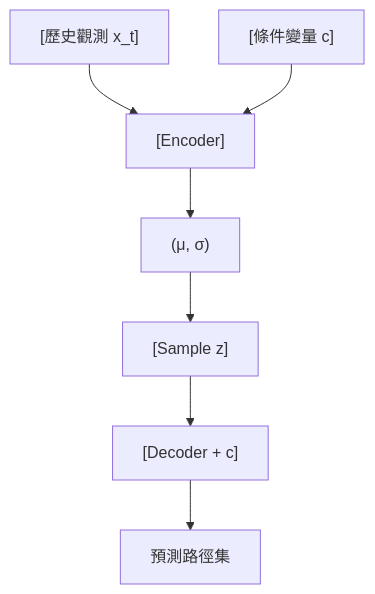
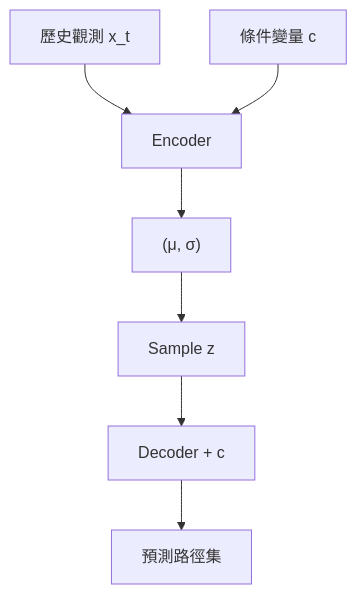
The diagram in foundations/time-series-forecasting/cvae.md (sou350121/Trading-Handbook), drawn with Mermaid before and after one commit. The commit also changed other lines of this file and 191 other files, not shown here.

First line of the commit message:
render: fix math + mermaid for GitHub across the corpus (188 pages)

````diff
--- a/foundations/time-series-forecasting/cvae.md
+++ b/foundations/time-series-forecasting/cvae.md
@@ -30,9 +30,9 @@
 ```mermaid
 flowchart TD
-    A["[歷史觀測 x_t]"] --> C["[Encoder]"]
-    B["[條件變量 c]"] --> C["[Encoder]"]
-    C["[Encoder]"] --> D["(μ, σ)"]
-    D["(μ, σ)"] --> E["[Sample z]"]
-    E["[Sample z]"] --> F["[Decoder + c]"]
-    F["[Decoder + c]"] --> G["預測路徑集"]
+    A["歷史觀測 x_t"] --> C["Encoder"]
+    B["條件變量 c"] --> C["Encoder"]
+    C["Encoder"] --> D["(μ, σ)"]
+    D["(μ, σ)"] --> E["Sample z"]
+    E["Sample z"] --> F["Decoder + c"]
+    F["Decoder + c"] --> G["預測路徑集"]
 ```
````
